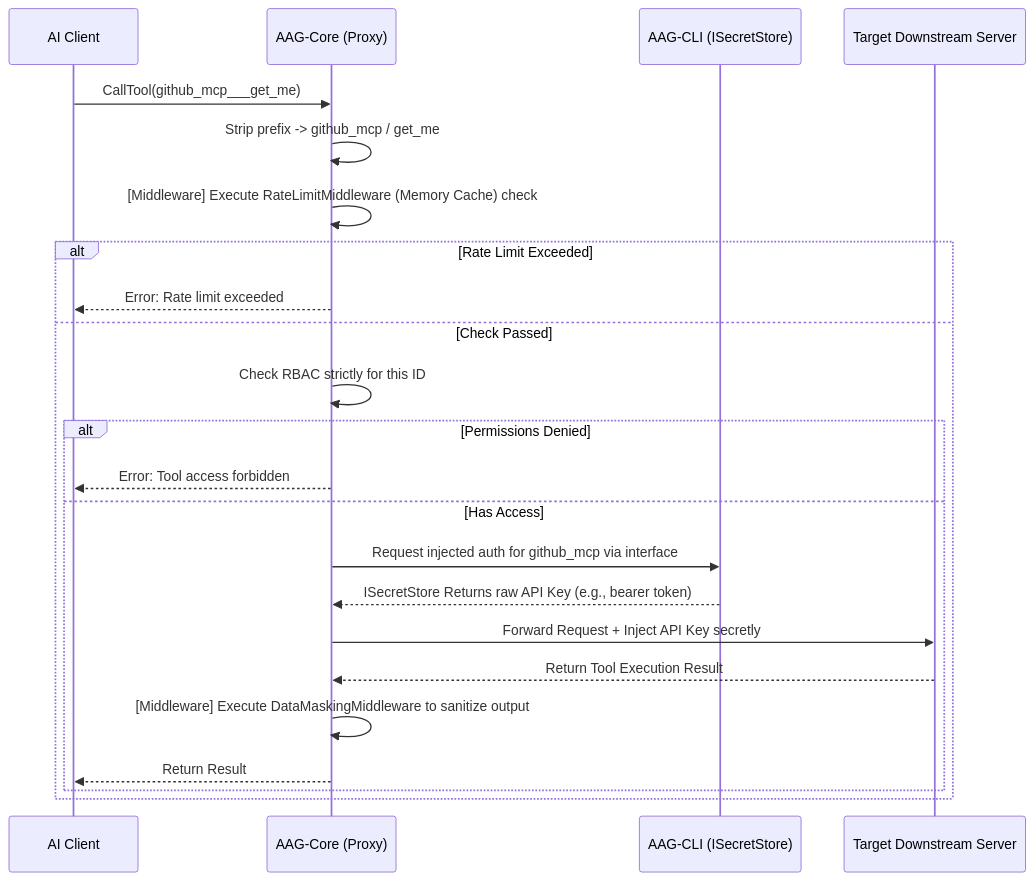
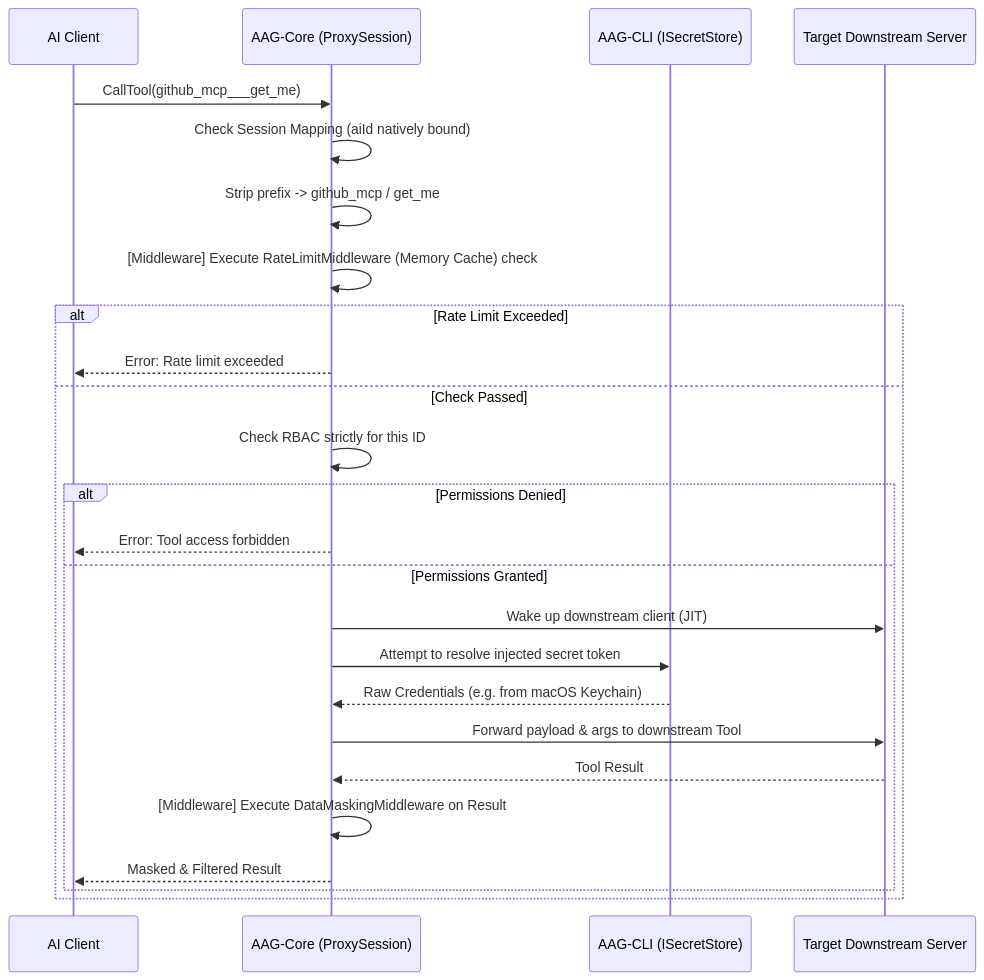
Before and after one commit to Cyber-Sec-Space/ai-auth-gateway: the third of 3 diagrams in ARCHITECTURE.md, drawn with Mermaid. The commit also changed other lines of this file and 1 other file, not shown here.

Commit message:
docs(architecture): update sequence diagrams to reflect aag-core v2.0.0 SaaS ProxySession bindings and JIT Wakeup mechanisms

````diff
--- a/ARCHITECTURE.md
+++ b/ARCHITECTURE.md
@@ -125,26 +123,28 @@
 ```mermaid
 sequenceDiagram
     participant AI as AI Client
-    participant Core as AAG-Core (Proxy)
+    participant Core as AAG-Core (ProxySession)
     participant KV as AAG-CLI (ISecretStore)
     participant MCP as Target Downstream Server
 
     AI->>Core: CallTool(github_mcp___get_me)
+    Core->>Core: Check Session Mapping (aiId natively bound)
     Core->>Core: Strip prefix -> github_mcp / get_me
     Core->>Core: [Middleware] Execute RateLimitMiddleware (Memory Cache) check
     alt Rate Limit Exceeded
         Core-->>AI: Error: Rate limit exceeded
     else Check Passed
         Core->>Core: Check RBAC strictly for this ID
         alt Permissions Denied
             Core-->>AI: Error: Tool access forbidden
-        else Has Access
-            Core->>KV: Request injected auth for github_mcp via interface
-            KV-->>Core: ISecretStore Returns raw API Key (e.g., bearer token)
-            Core->>MCP: Forward Request + Inject API Key secretly
-            MCP-->>Core: Return Tool Execution Result
-            Core->>Core: [Middleware] Execute DataMaskingMiddleware to sanitize output
-            Core-->>AI: Return Result
+        else Permissions Granted
+            Core->>MCP: Wake up downstream client (JIT)
+            Core->>KV: Attempt to resolve injected secret token
+            KV-->>Core: Raw Credentials (e.g. from macOS Keychain)
+            Core->>MCP: Forward payload & args to downstream Tool
+            MCP-->>Core: Tool Result
+            Core->>Core: [Middleware] Execute DataMaskingMiddleware on Result
+            Core-->>AI: Masked & Filtered Result
         end
     end
 ```
````
